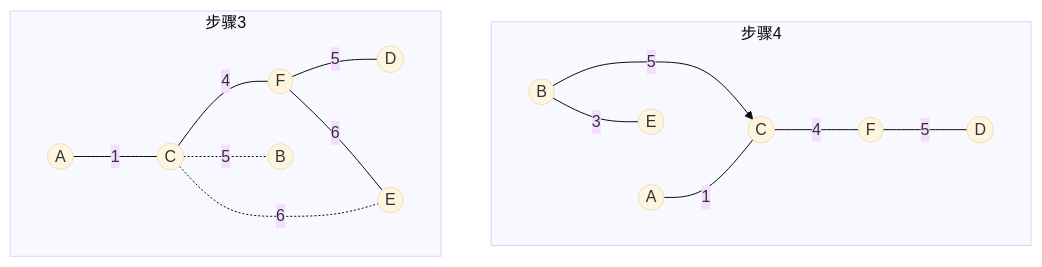
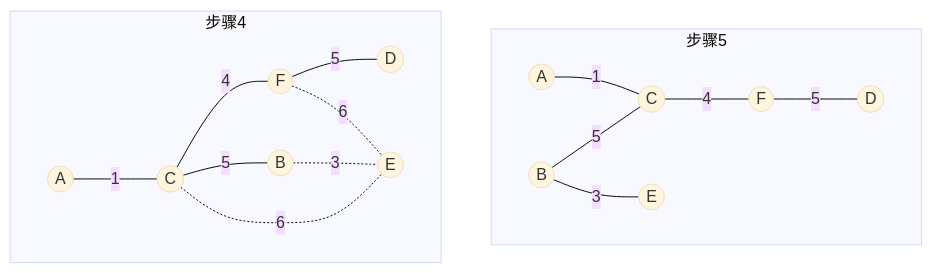
One commit to H00001/ds changed diagram 12 of 14 in 6.md. Above: the diagram before and after it, drawn with Mermaid (base theme). The commit also changed other lines of this file and 20 other files, not shown here.

````diff
--- a/6.md
+++ b/6.md
@@ -741,32 +735,34 @@
 ```mermaid
 graph TB
 
-subgraph 步骤4
+subgraph 步骤5
 	A1((A))
 	B1((B))
 	C1((C))
-	B1--5--->C1
+	B1--5---C1
 	D1((D))
 	E1((E))
 	F1((F))
 	A1--1---C1
 	C1--4---F1
 	F1--5---D1
 	B1--3---E1
 end
-subgraph 步骤3
+subgraph 步骤4
 	A2((A))
 	B2((B))
 	C2((C))
 	A2--1---C2
 	C2--4---F2
-	C2-.5.-B2
+	C2--5---B2
 	F2--5---D2
-	F2--6---E2
+
 	C2-.6.-E2
+	F2-.6.-E2
+	B2-.3.-E2
 	D2((D))
 	E2((E))
 	F2((F))
 end
 
 ```
````
